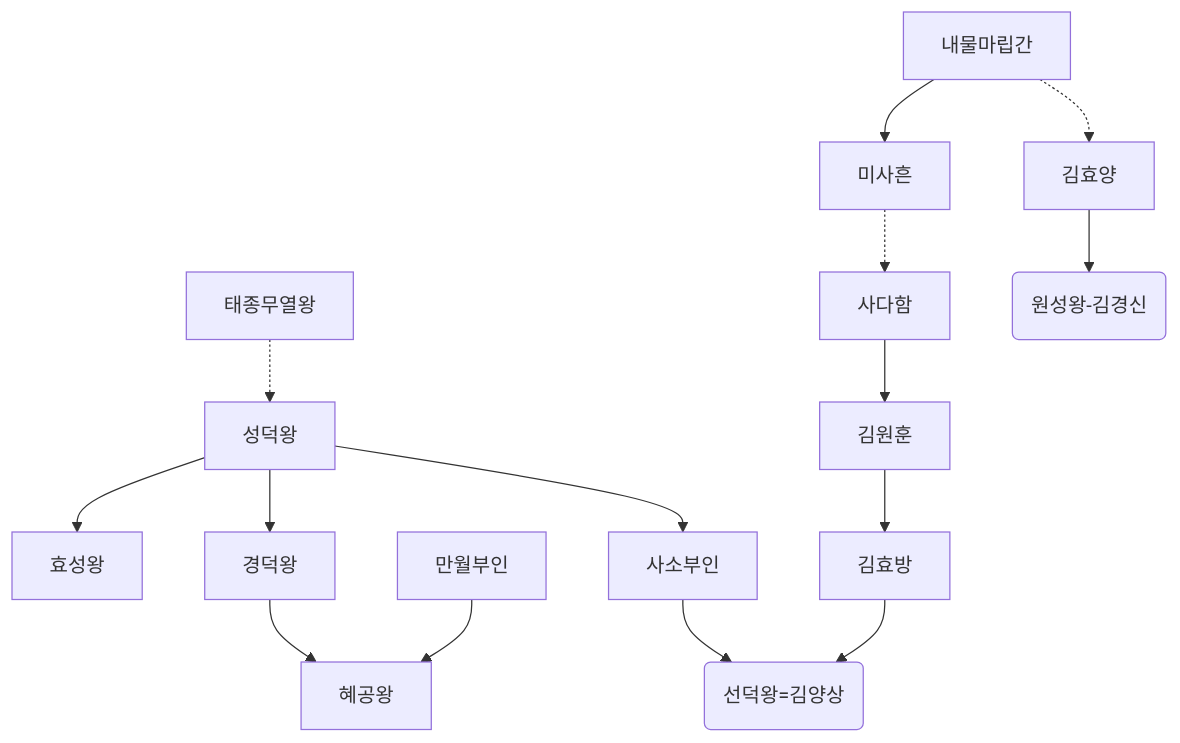
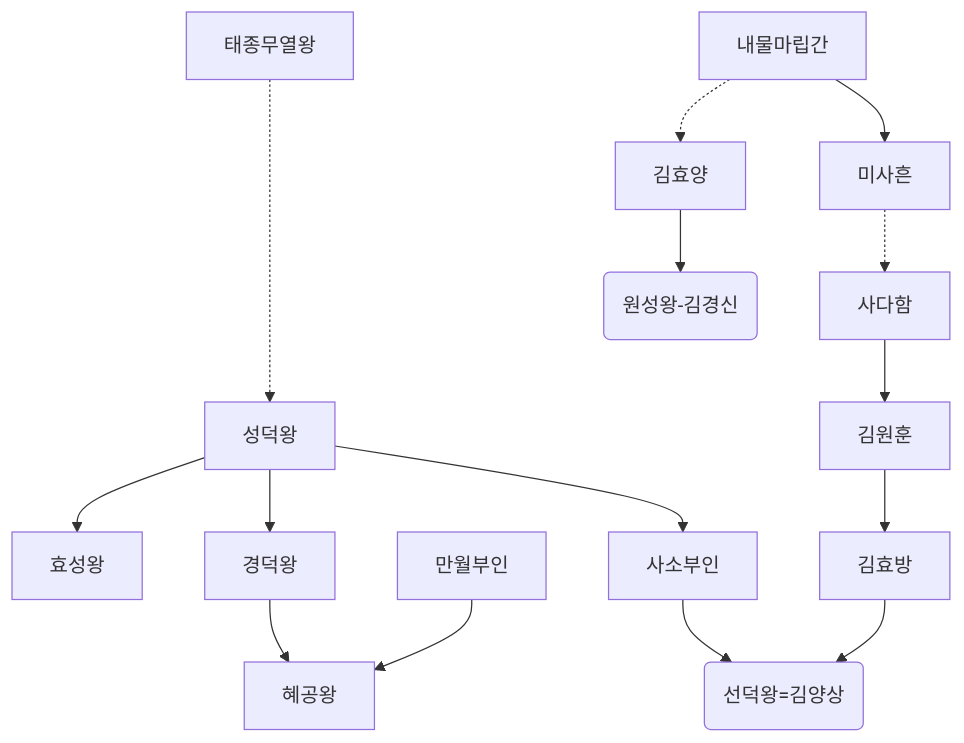
One commit to daewonyoon/historigram changed the first of 2 diagrams in 한국사/신라_혜공왕.md. Above: the diagram before and after it, drawn with Mermaid.

Commit message:
신라혜공왕 사소한 편집

````diff
--- a/한국사/신라_혜공왕.md
+++ b/한국사/신라_혜공왕.md
@@ -5,15 +5,15 @@
 ```mermaid
 graph TD
 
-태종무열왕 -.-> 성덕왕
+태종무열왕 -...-> 성덕왕
 성덕왕 --> 효성왕
 성덕왕 --> 경덕왕 --> 혜공왕
 만월부인 --> 혜공왕
 내물마립간 --> 미사흔 -.-> 사다함 --> 김원훈 --> 김효방
 성덕왕 --> 사소부인
 사소부인 --> 선덕왕
 김효방 --> 선덕왕(선덕왕=김양상)
 내물마립간 -.-> 김효양 --> 원성왕(원성왕-김경신)
 
 
 ```
````
